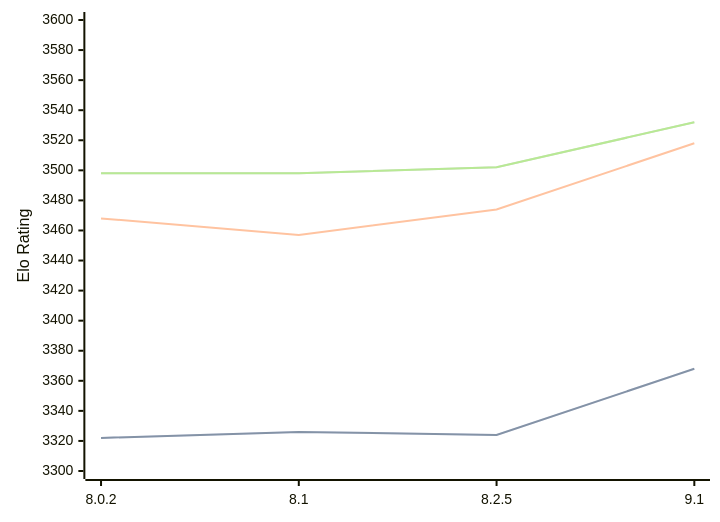
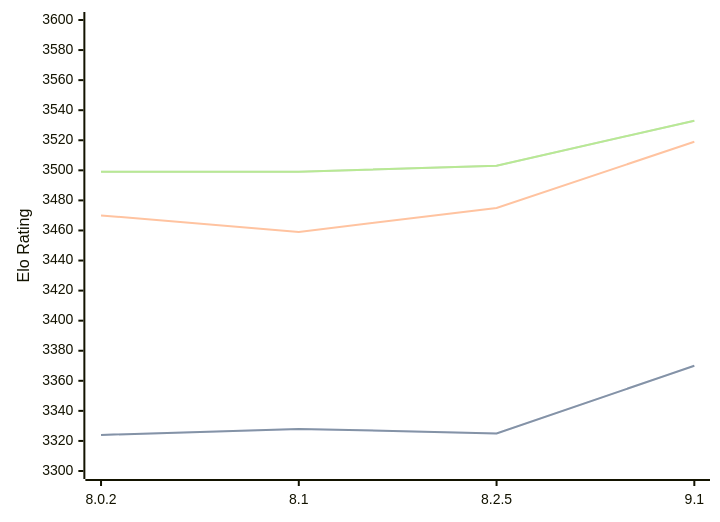
The third of 3 diagrams in engines/Clover.md (computer-chess-index/cci), drawn with Mermaid before and after one commit. The commit also changed other lines of this file, not shown here.

Commit message:
Update CCI Ratings (ELO VLTC) - 2026-06-23

````diff
--- a/engines/Clover.md
+++ b/engines/Clover.md
@@ -97,11 +97,11 @@
 ```mermaid
 %%{init: {"theme":"base","themeVariables":{"seriesColors:['#a3a3a3','#222221','#faa371']}}}%%
 xychart-beta
   x-axis ["8.0.2", "8.1", "8.2.5", "9.1"]
   y-axis "Elo Rating" 3300 --> 3600
-  line "STC (8.0+0.08s)" [3322, 3326, 3324, 3368]
-  line "STC (8.0+0.08s)" [3322, 3326, 3324, 3368]
-  line "LTC (60.0+0.60s)" [3468, 3457, 3474, 3518]
-  line "VLTC (2m24s+1.12s)" [3498, 3498, 3502, 3532]
-  line "VLTC (2m24s+1.12s)" [3498, 3498, 3502, 3532]
+  line "STC (8.0+0.08s)" [3324, 3328, 3325, 3370]
+  line "STC (8.0+0.08s)" [3324, 3328, 3325, 3370]
+  line "LTC (60.0+0.60s)" [3470, 3459, 3475, 3519]
+  line "VLTC (2m24s+1.12s)" [3499, 3499, 3503, 3533]
+  line "VLTC (2m24s+1.12s)" [3499, 3499, 3503, 3533]
 ```
````
